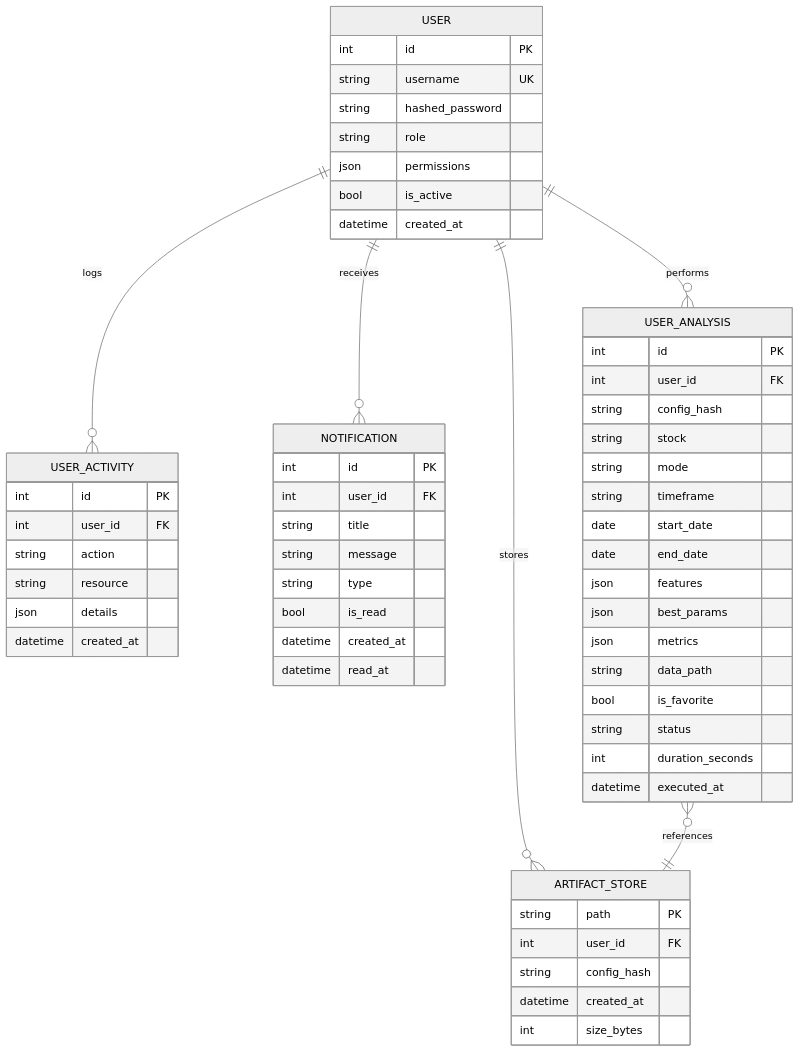
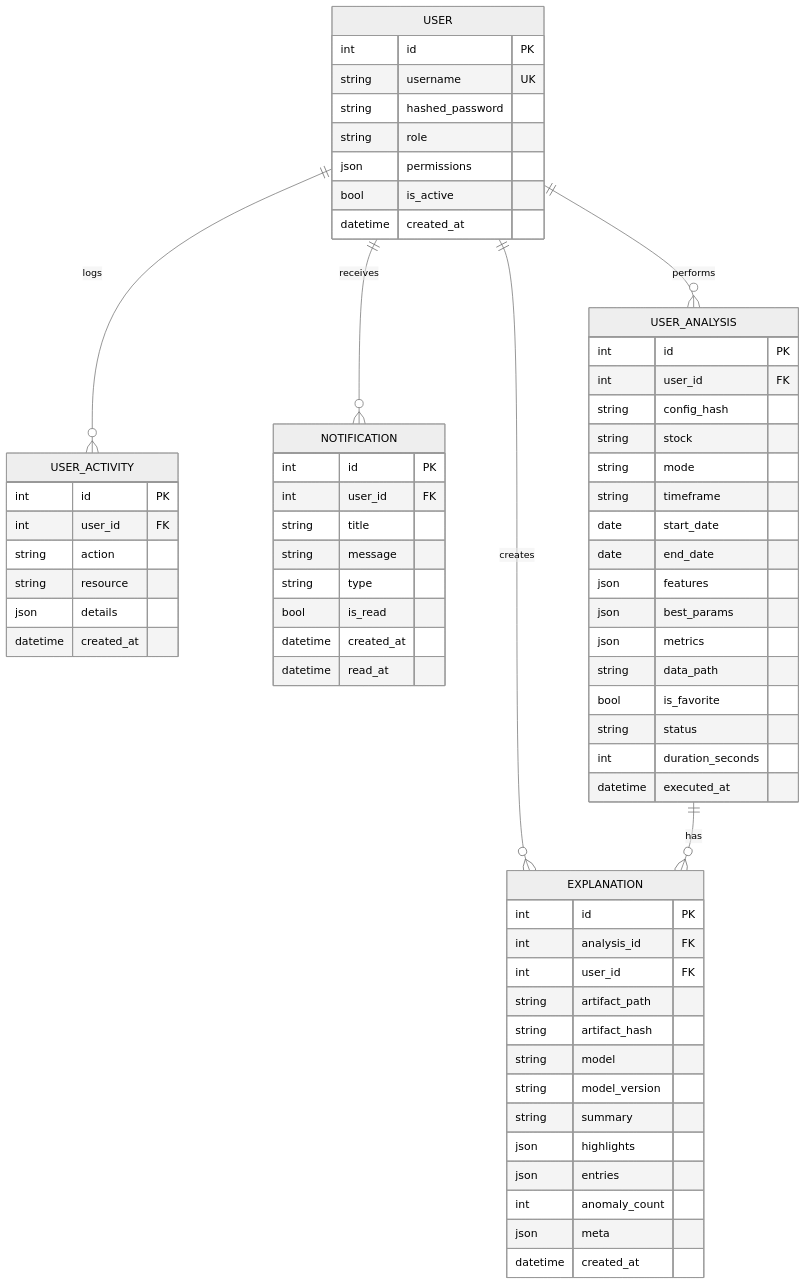
The second of 2 diagrams in AnomalyEngine/DIAGRAMS.md (rey-tan/Anomaly-Detection), drawn with Mermaid (neutral theme) before and after one commit. The commit also changed other lines of this file and 31 other files, not shown here.

````diff
--- a/AnomalyEngine/DIAGRAMS.md
+++ b/AnomalyEngine/DIAGRAMS.md
@@ -420,67 +110,75 @@
 ```mermaid
 erDiagram
   USER {
     int id PK
     string username UK
     string hashed_password
     string role
     json permissions
     bool is_active
     datetime created_at
   }
 
   USER ||--o{ USER_ACTIVITY : logs
   USER ||--o{ NOTIFICATION : receives
   USER ||--o{ USER_ANALYSIS : performs
 
   USER_ACTIVITY {
     int id PK
     int user_id FK
     string action
     string resource
     json details
     datetime created_at
   }
 
   NOTIFICATION {
     int id PK
     int user_id FK
     string title
     string message
     string type
     bool is_read
     datetime created_at
     datetime read_at
   }
 
   USER_ANALYSIS {
     int id PK
     int user_id FK
     string config_hash
     string stock
     string mode
     string timeframe
     date start_date
     date end_date
     json features
     json best_params
     json metrics
     string data_path
     bool is_favorite
     string status
     int duration_seconds
     datetime executed_at
   }
 
-  ARTIFACT_STORE {
-    string path PK
+  EXPLANATION {
+    int id PK
+    int analysis_id FK
     int user_id FK
-    string config_hash
+    string artifact_path
+    string artifact_hash
+    string model
+    string model_version
+    string summary
+    json highlights
+    json entries
+    int anomaly_count
+    json meta
     datetime created_at
-    int size_bytes
   }
 
-  USER ||--o{ ARTIFACT_STORE : stores
-  USER_ANALYSIS }o--|| ARTIFACT_STORE : references
+  USER ||--o{ EXPLANATION : creates
+  USER_ANALYSIS ||--o{ EXPLANATION : has
 
 ```
````
